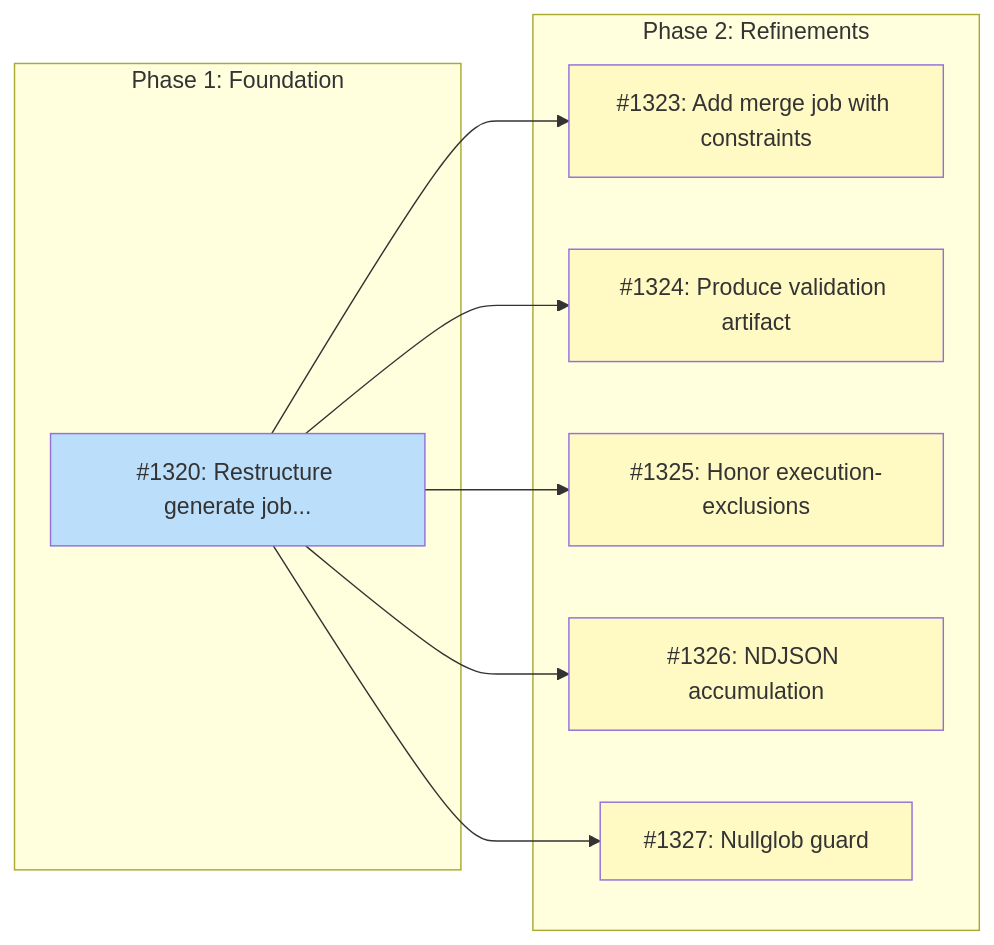
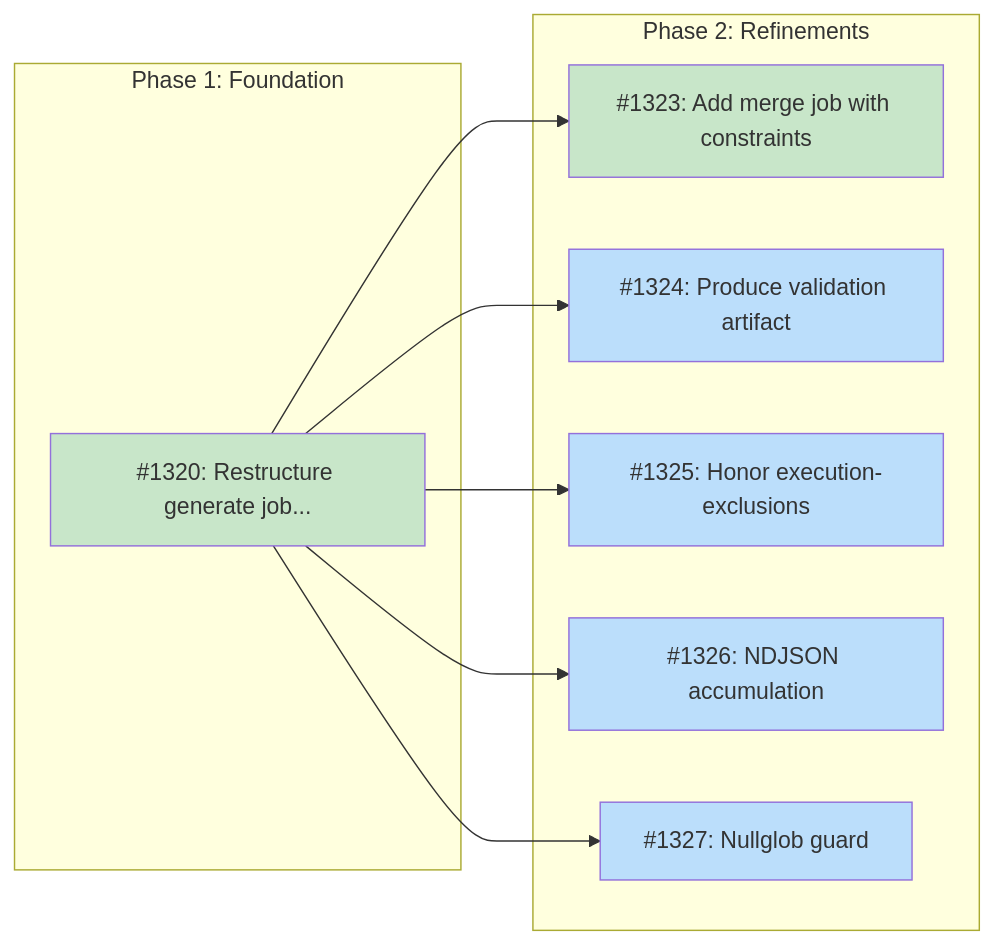
One commit to tsukumogami/tsuku changed the diagram in docs/designs/DESIGN-batch-platform-validation.md. Above: the diagram before and after it, drawn with Mermaid. The commit also changed other lines of this file, not shown here.

Commit message:
docs(design): mark #1320 and #1323 as done in platform validation design

````diff
--- a/docs/designs/DESIGN-batch-platform-validation.md
+++ b/docs/designs/DESIGN-batch-platform-validation.md
@@ -38,28 +38,28 @@
 ```mermaid
 graph LR
     subgraph Phase1["Phase 1: Foundation"]
         I1320["#1320: Restructure generate job..."]
     end
 
     subgraph Phase2["Phase 2: Refinements"]
         I1323["#1323: Add merge job with constraints"]
         I1324["#1324: Produce validation artifact"]
         I1325["#1325: Honor execution-exclusions"]
         I1326["#1326: NDJSON accumulation"]
         I1327["#1327: Nullglob guard"]
     end
 
     I1320 --> I1323
     I1320 --> I1324
     I1320 --> I1325
     I1320 --> I1326
     I1320 --> I1327
 
     classDef done fill:#c8e6c9
     classDef ready fill:#bbdefb
     classDef blocked fill:#fff9c4
     classDef needsDesign fill:#e1bee7
 
-    class I1320 ready
-    class I1323,I1324,I1325,I1326,I1327 blocked
+    class I1320,I1323 done
+    class I1324,I1325,I1326,I1327 ready
 ```
````
